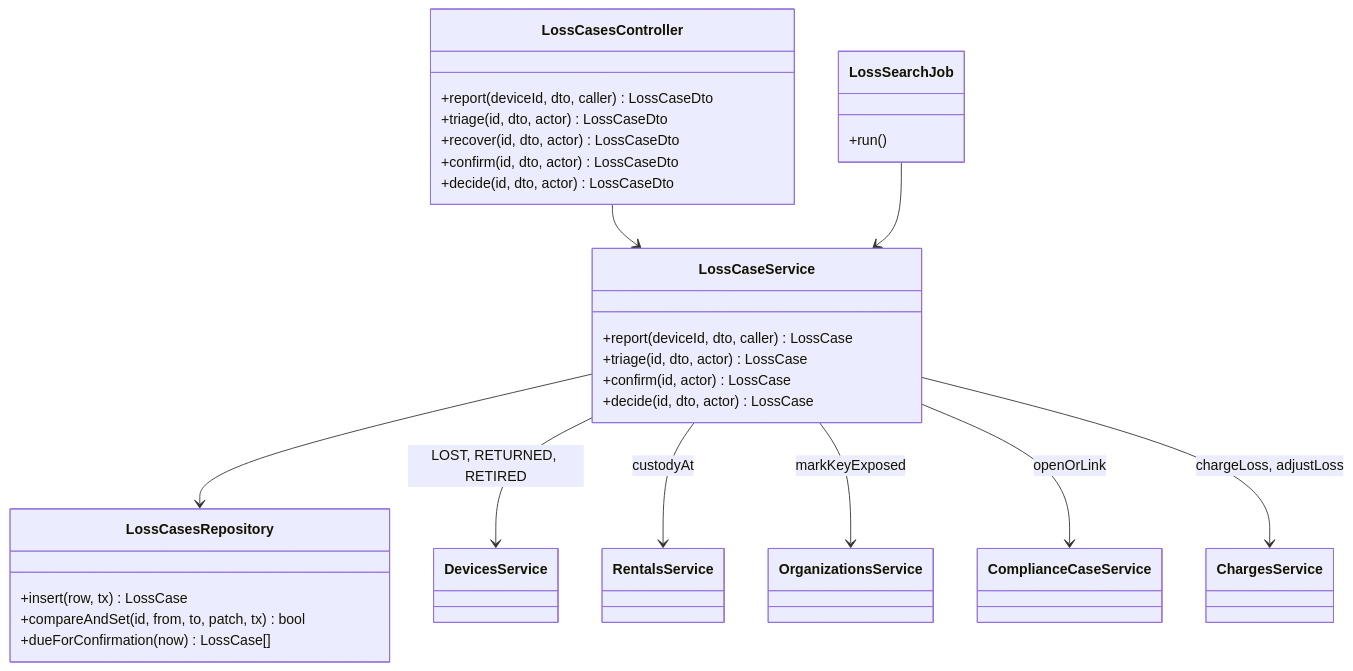
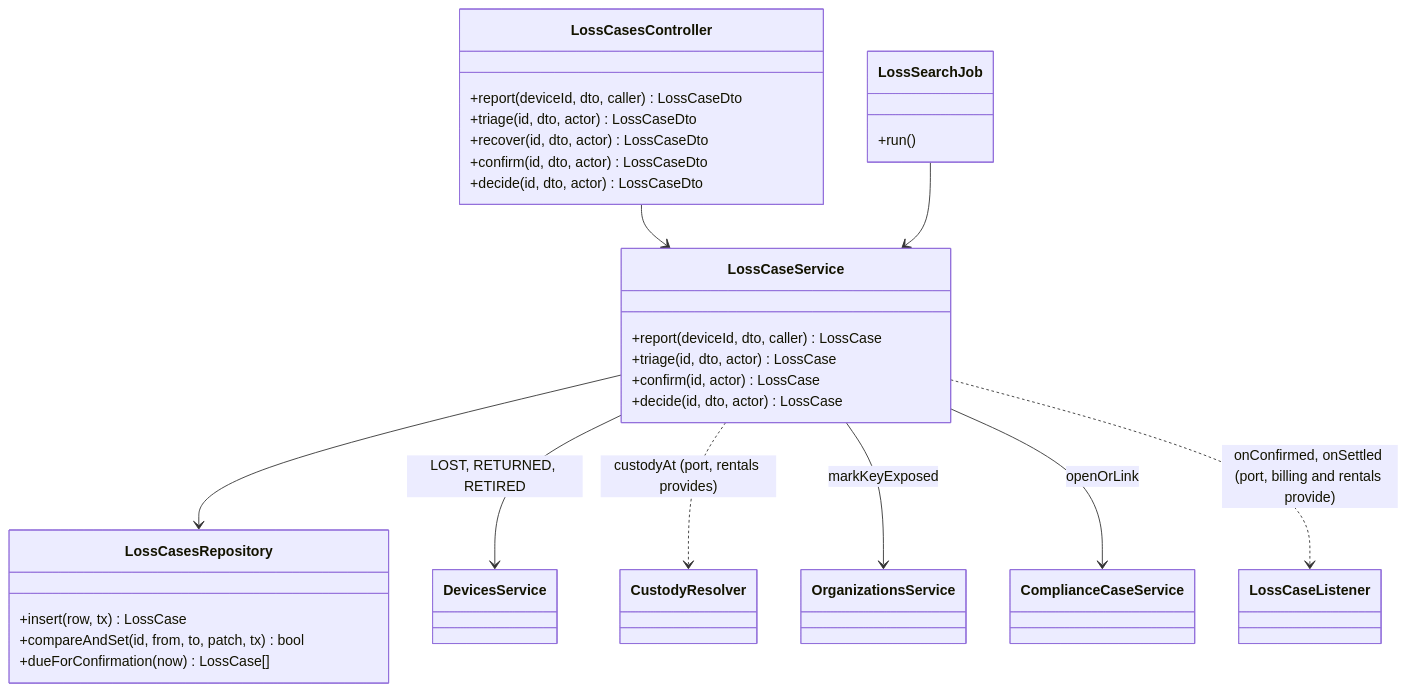
One commit to TrekLink-Team/treklink-web changed the ninth of 18 diagrams in specs/devices/design.md. Above: the diagram before and after it, drawn with Mermaid. The commit also changed other lines of this file and 39 other files, not shown here.

````diff
--- a/specs/devices/design.md
+++ b/specs/devices/design.md
@@ -327,37 +349,37 @@
 ```mermaid
 classDiagram
     class LossCasesController {
         +report(deviceId, dto, caller) LossCaseDto
         +triage(id, dto, actor) LossCaseDto
         +recover(id, dto, actor) LossCaseDto
         +confirm(id, dto, actor) LossCaseDto
         +decide(id, dto, actor) LossCaseDto
     }
     class LossCaseService {
         +report(deviceId, dto, caller) LossCase
         +triage(id, dto, actor) LossCase
         +confirm(id, actor) LossCase
         +decide(id, dto, actor) LossCase
     }
     class LossSearchJob {
         +run()
     }
     class LossCasesRepository {
         +insert(row, tx) LossCase
         +compareAndSet(id, from, to, patch, tx) bool
         +dueForConfirmation(now) LossCase[]
     }
     class DevicesService
-    class RentalsService
+    class CustodyResolver
+    class LossCaseListener
     class OrganizationsService
     class ComplianceCaseService
-    class ChargesService
     LossCasesController --> LossCaseService
     LossSearchJob --> LossCaseService
     LossCaseService --> LossCasesRepository
     LossCaseService --> DevicesService : LOST, RETURNED, RETIRED
-    LossCaseService --> RentalsService : custodyAt
+    LossCaseService ..> CustodyResolver : custodyAt (port, rentals provides)
     LossCaseService --> OrganizationsService : markKeyExposed
     LossCaseService --> ComplianceCaseService : openOrLink
-    LossCaseService --> ChargesService : chargeLoss, adjustLoss
+    LossCaseService ..> LossCaseListener : onConfirmed, onSettled (port, billing and rentals provide)
 ```
````
